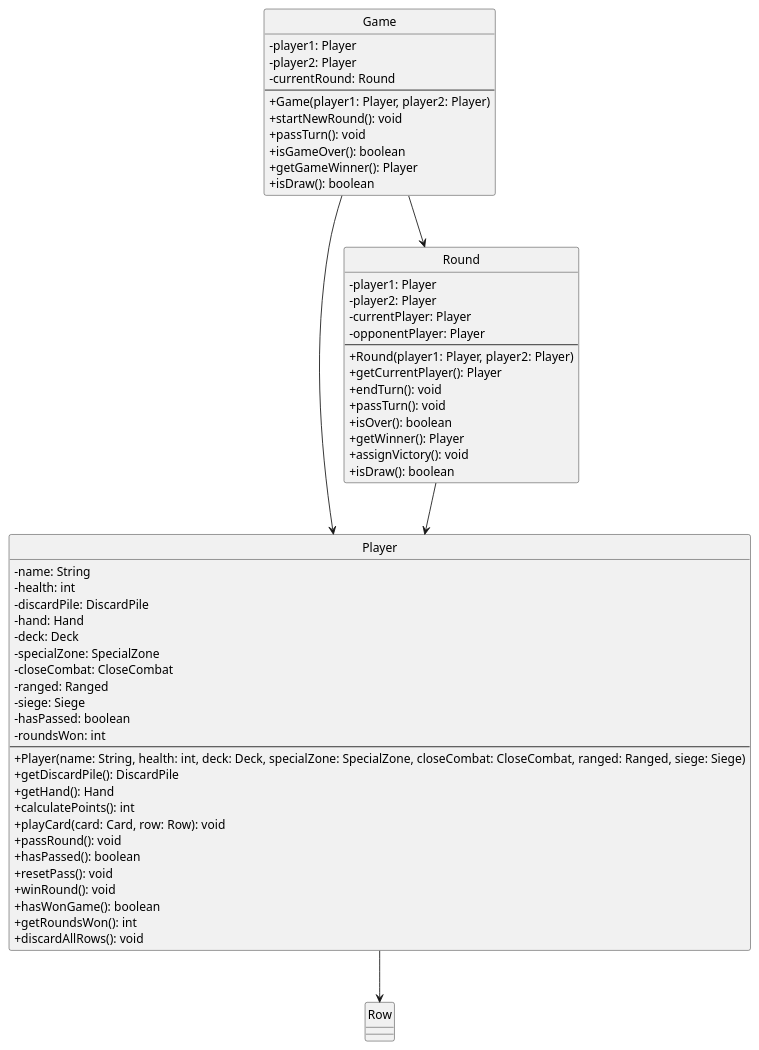
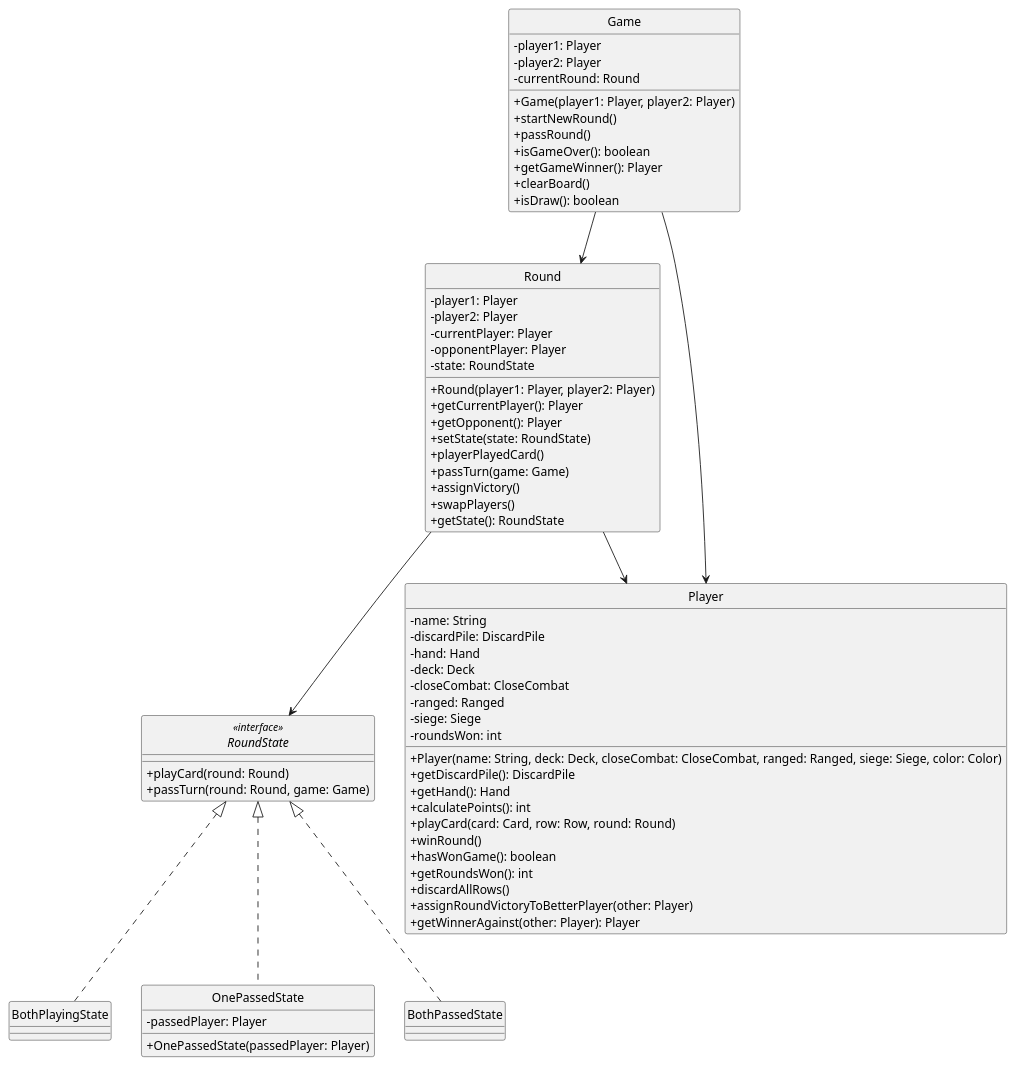
Before and after one commit to Yonhir/algo3_proyecto_base_tp2: the diagram in diagrams/classes/game.plantuml, drawn with PlantUML. The commit also changed 4 other files, not shown here.

Commit message:
Subo diagrama de clases de la parte de Game

```diff
--- a/diagrams/classes/game.plantuml
+++ b/diagrams/classes/game.plantuml
@@ -1,69 +1,84 @@
 @startuml
 
 skinparam monochrome true
 hide circle
 skinparam classAttributeIconSize 0
 
-    class Game {
-        - player1: Player
-        - player2: Player
-        - currentRound: Round
-        --
-        + Game(player1: Player, player2: Player)
-        + startNewRound(): void
-        + passTurn(): void
-        + isGameOver(): boolean
-        + getGameWinner(): Player
-        + isDraw(): boolean
-    }
+interface RoundState <<interface>> {
+    +playCard(round: Round)
+    +passTurn(round: Round, game: Game)
+}
 
-    class Player {
-        - name: String
-        - health: int
-        - discardPile: DiscardPile
-        - hand: Hand
-        - deck: Deck
-        - specialZone: SpecialZone
-        - closeCombat: CloseCombat
-        - ranged: Ranged
-        - siege: Siege
-        - hasPassed: boolean
-        - roundsWon: int
-        --
-        + Player(name: String, health: int, deck: Deck, specialZone: SpecialZone, closeCombat: CloseCombat, ranged: Ranged, siege: Siege)
-        + getDiscardPile(): DiscardPile
-        + getHand(): Hand
-        + calculatePoints(): int
-        + playCard(card: Card, row: Row): void
-        + passRound(): void
-        + hasPassed(): boolean
-        + resetPass(): void
-        + winRound(): void
-        + hasWonGame(): boolean
-        + getRoundsWon(): int
-        + discardAllRows(): void
-    }
 
-    class Round {
-        - player1: Player
-        - player2: Player
-        - currentPlayer: Player
-        - opponentPlayer: Player
-        --
-        + Round(player1: Player, player2: Player)
-        + getCurrentPlayer(): Player
-        + endTurn(): void
-        + passTurn(): void
-        + isOver(): boolean
-        + getWinner(): Player
-        + assignVictory(): void
-        + isDraw(): boolean
-    }
+class Game {
+    -player1: Player
+    -player2: Player
+    -currentRound: Round
+    +Game(player1: Player, player2: Player)
+    +startNewRound()
+    +passRound()
+    +isGameOver(): boolean
+    +getGameWinner(): Player
+    +clearBoard()
+    +isDraw(): boolean
+}
 
-    Game --> Player
-    Game --> Round
-    Round --> Player
-    Player --> Row
+class Round {
+    -player1: Player
+    -player2: Player
+    -currentPlayer: Player
+    -opponentPlayer: Player
+    -state: RoundState
+    +Round(player1: Player, player2: Player)
+    +getCurrentPlayer(): Player
+    +getOpponent(): Player
+    +setState(state: RoundState)
+    +playerPlayedCard()
+    +passTurn(game: Game)
+    +assignVictory()
+    +swapPlayers()
+    +getState(): RoundState
+}
 
+class Player {
+    -name: String
+    -discardPile: DiscardPile
+    -hand: Hand
+    -deck: Deck
+    -closeCombat: CloseCombat
+    -ranged: Ranged
+    -siege: Siege
+    -roundsWon: int
+    +Player(name: String, deck: Deck, closeCombat: CloseCombat, ranged: Ranged, siege: Siege, color: Color)
+    +getDiscardPile(): DiscardPile
+    +getHand(): Hand
+    +calculatePoints(): int
+    +playCard(card: Card, row: Row, round: Round)
+    +winRound()
+    +hasWonGame(): boolean
+    +getRoundsWon(): int
+    +discardAllRows()
+    +assignRoundVictoryToBetterPlayer(other: Player)
+    +getWinnerAgainst(other: Player): Player
 }
+
+class BothPlayingState {
+}
+
+class OnePassedState {
+    -passedPlayer: Player
+    +OnePassedState(passedPlayer: Player)
+}
+
+class BothPassedState {
+}
+
+Game --> Round
+Game --> Player
+Round --> Player
+Round --> RoundState
+RoundState <|.. BothPlayingState
+RoundState <|.. OnePassedState
+RoundState <|.. BothPassedState
+
 @enduml
```
